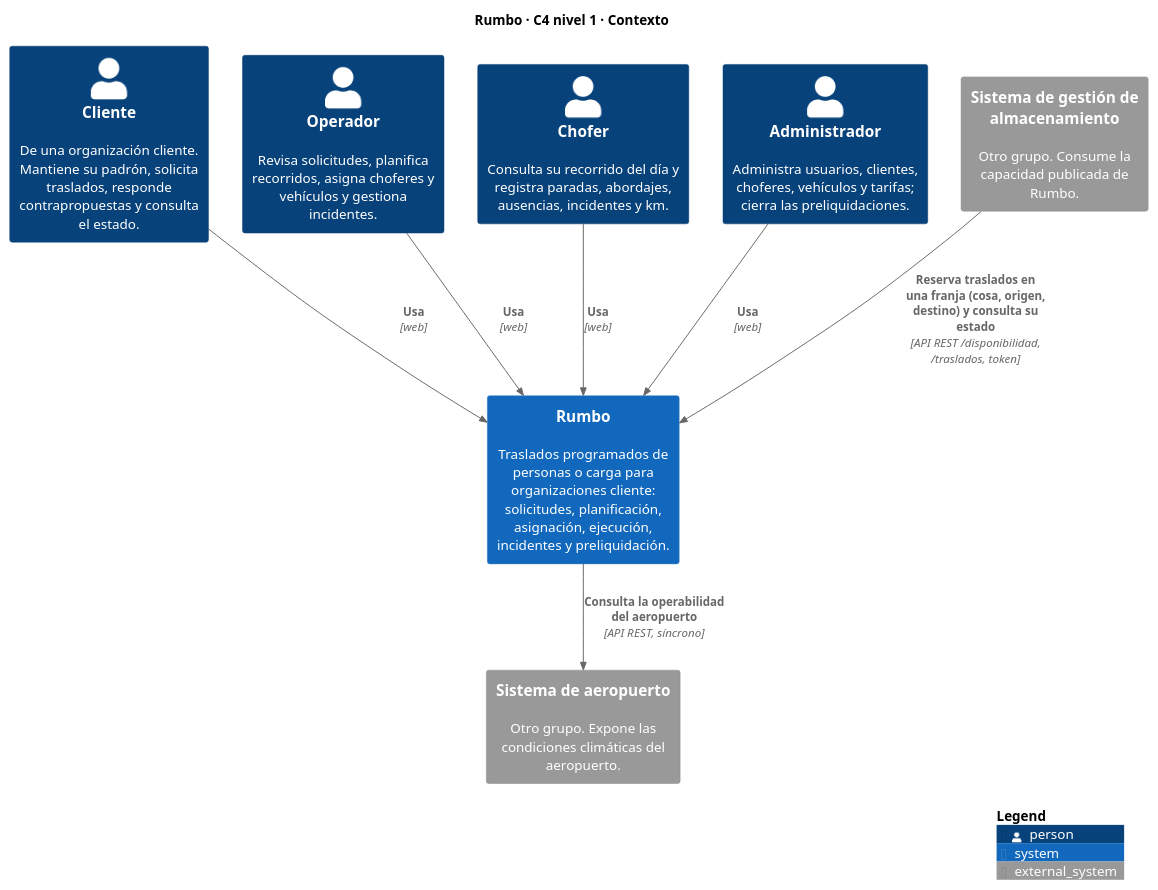
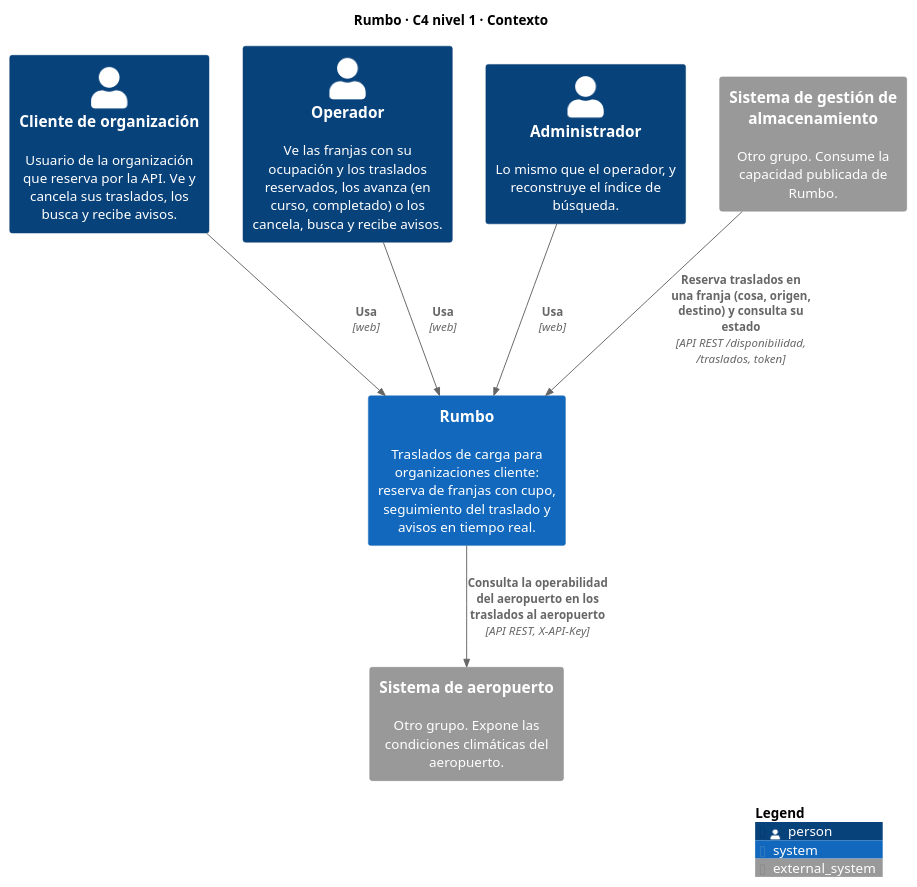
One commit to francoroblesss/Rumbo changed the diagram in docs/diagramas/c4-contexto.puml. Above: the diagram before and after it, drawn with PlantUML. The commit also changed 30 other files, not shown here.

```diff
--- a/docs/diagramas/c4-contexto.puml
+++ b/docs/diagramas/c4-contexto.puml
@@ -1,25 +1,23 @@
 @startuml c4-contexto
 ' Rumbo — C4 nivel 1: contexto. Fuente del diagrama; se renderiza con docs/diagramas/README.md.
 !include <C4/C4_Context>
 
 title Rumbo · C4 nivel 1 · Contexto
 
-Person(cliente, "Cliente", "De una organización cliente. Mantiene su padrón, solicita traslados, responde contrapropuestas y consulta el estado.")
-Person(operador, "Operador", "Revisa solicitudes, planifica recorridos, asigna choferes y vehículos y gestiona incidentes.")
-Person(chofer, "Chofer", "Consulta su recorrido del día y registra paradas, abordajes, ausencias, incidentes y km.")
-Person(admin, "Administrador", "Administra usuarios, clientes, choferes, vehículos y tarifas; cierra las preliquidaciones.")
+Person(cliente, "Cliente de organización", "Usuario de la organización que reserva por la API. Ve y cancela sus traslados, los busca y recibe avisos.")
+Person(operador, "Operador", "Ve las franjas con su ocupación y los traslados reservados, los avanza (en curso, completado) o los cancela, busca y recibe avisos.")
+Person(admin, "Administrador", "Lo mismo que el operador, y reconstruye el índice de búsqueda.")
 
-System(rumbo, "Rumbo", "Traslados programados de personas o carga para organizaciones cliente: solicitudes, planificación, asignación, ejecución, incidentes y preliquidación.")
+System(rumbo, "Rumbo", "Traslados de carga para organizaciones cliente: reserva de franjas con cupo, seguimiento del traslado y avisos en tiempo real.")
 
 System_Ext(almacenamiento, "Sistema de gestión de almacenamiento", "Otro grupo. Consume la capacidad publicada de Rumbo.")
 System_Ext(aeropuerto, "Sistema de aeropuerto", "Otro grupo. Expone las condiciones climáticas del aeropuerto.")
 
 Rel(cliente, rumbo, "Usa", "web")
 Rel(operador, rumbo, "Usa", "web")
-Rel(chofer, rumbo, "Usa", "web")
 Rel(admin, rumbo, "Usa", "web")
 Rel(almacenamiento, rumbo, "Reserva traslados en una franja (cosa, origen, destino) y consulta su estado", "API REST /disponibilidad, /traslados, token")
-Rel(rumbo, aeropuerto, "Consulta la operabilidad del aeropuerto", "API REST, síncrono")
+Rel(rumbo, aeropuerto, "Consulta la operabilidad del aeropuerto en los traslados al aeropuerto", "API REST, X-API-Key")
 
 SHOW_LEGEND()
 @enduml
```
